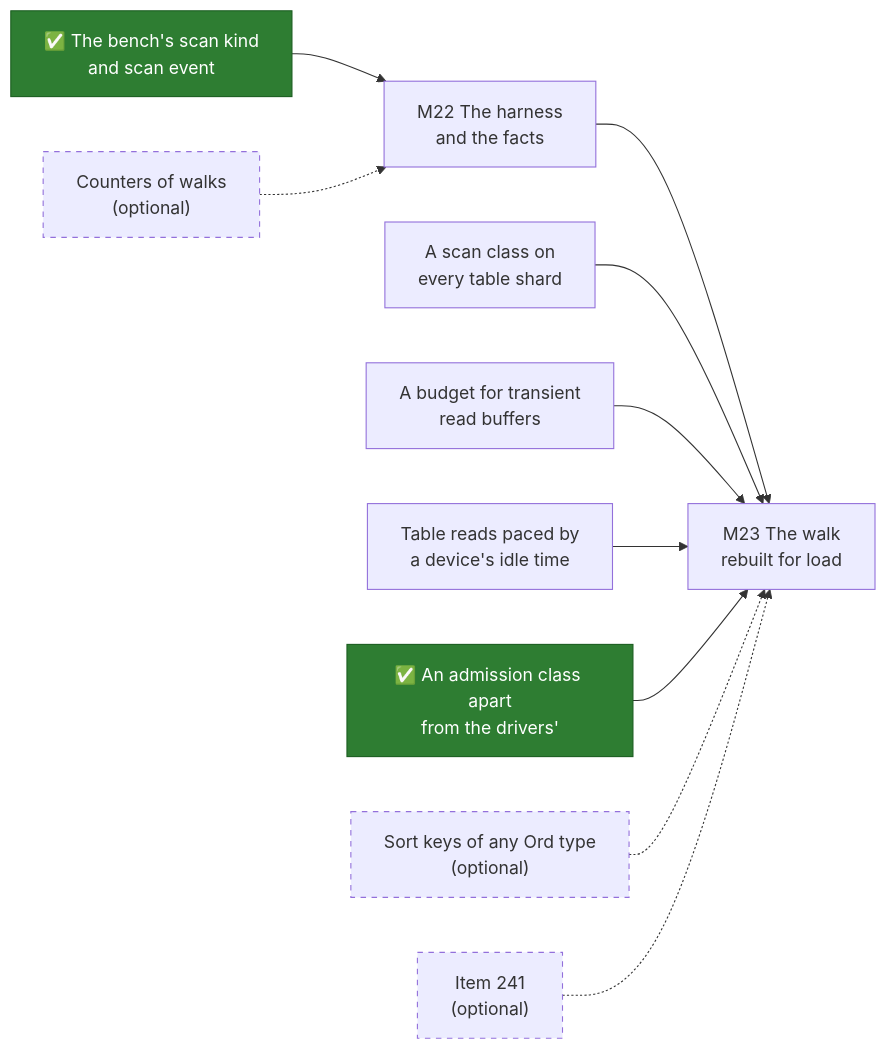
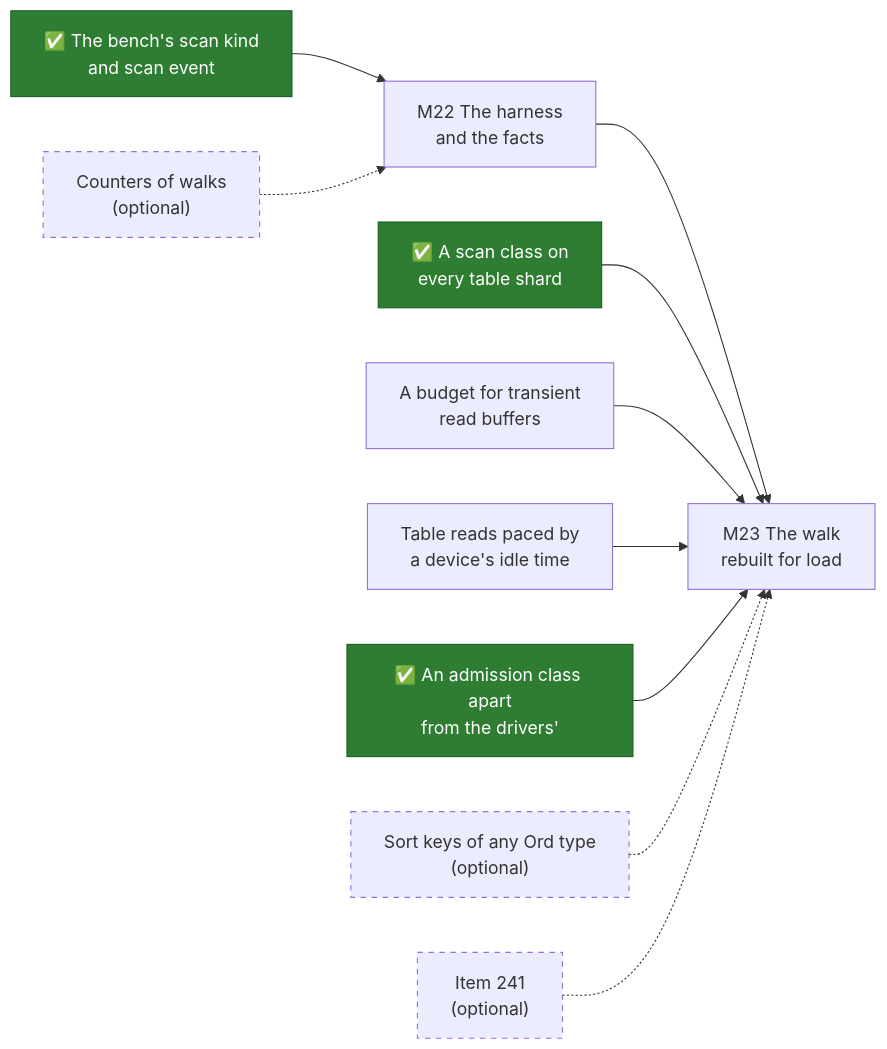
Before and after one commit to mjcarson/shoal: the diagram in docs/src/future-work/scans/prerequisites.md, drawn with Mermaid. The commit also changed other lines of this file and 26 other files, not shown here.

````diff
--- a/docs/src/future-work/scans/prerequisites.md
+++ b/docs/src/future-work/scans/prerequisites.md
@@ -198,24 +203,24 @@
 ```mermaid
 flowchart LR
     classDef done fill:#2e7d32,stroke:#1b5e20,color:#ffffff
     classDef optional stroke-dasharray: 5 5
     Bench["✅ The bench's scan kind<br>and scan event"]:::done
-    Class["A scan class on<br>every table shard"]
+    Class["✅ A scan class on<br>every table shard"]:::done
     Budget["A budget for transient<br>read buffers"]
     Pace["Table reads paced by<br>a device's idle time"]
     Admit["✅ An admission class apart<br>from the drivers'"]:::done
     Counters["Counters of walks<br>(optional)"]:::optional
     SortKeys["Sort keys of any Ord type<br>(optional)"]:::optional
     I241["Item 241<br>(optional)"]:::optional
     M22["M22 The harness<br>and the facts"]
     M23["M23 The walk<br>rebuilt for load"]
     Bench --> M22
     M22 --> M23
     Class --> M23
     Budget --> M23
     Pace --> M23
     Admit --> M23
     Counters -.-> M22
     SortKeys -.-> M23
     I241 -.-> M23
 ```
````
